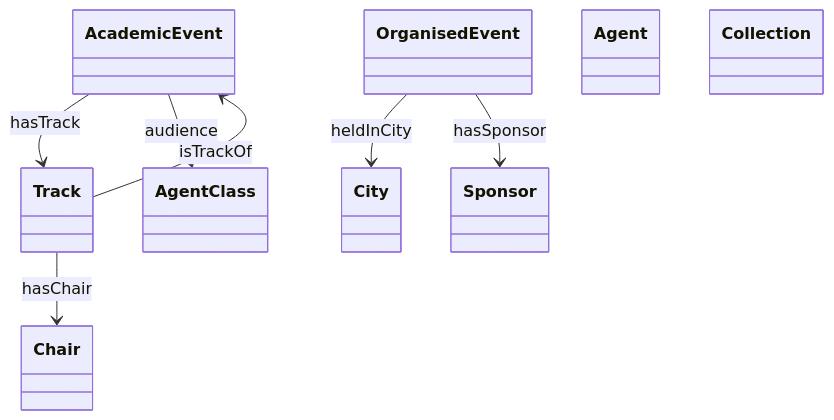
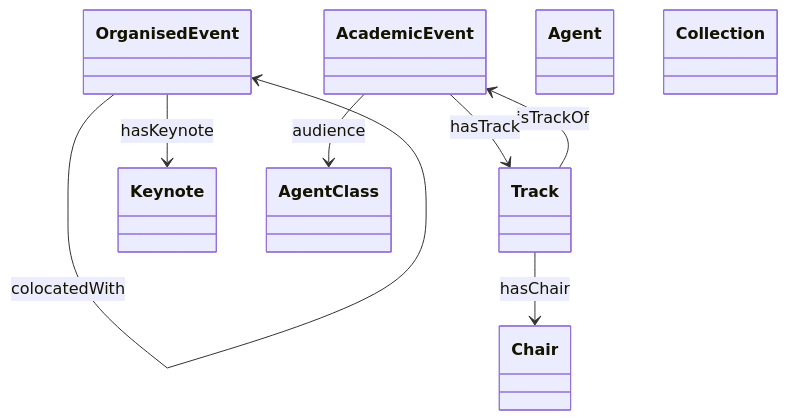
Before and after one commit to oeg-upm/Devos: the diagram in output/ieswc_freq/SEO.owl-freq-5-10.md, drawn with Mermaid. The commit also changed 206 other files, not shown here.

````diff
--- a/output/ieswc_freq/SEO.owl-freq-5-10.md
+++ b/output/ieswc_freq/SEO.owl-freq-5-10.md
@@ -1,39 +1,39 @@
 ```mermaid
 	classDiagram
 
     
     class OrganisedEvent {
     
     }
 
     class AcademicEvent {
     
     }
 
     class Agent {
     
     }
 
     class Collection {
     
     }
 
     class Track {
     
     }
 
 
 
+Track  --> AcademicEvent   :isTrackOf  
+
+OrganisedEvent  --> OrganisedEvent   :colocatedWith  
+
 AcademicEvent  --> Track   :hasTrack  
 
-OrganisedEvent  --> City   :heldInCity  
-
-OrganisedEvent  --> Sponsor   :hasSponsor  
+OrganisedEvent  --> Keynote   :hasKeynote  
 
 AcademicEvent  --> AgentClass   :audience  
 
 Track  --> Chair   :hasChair  
 
-Track  --> AcademicEvent   :isTrackOf  
-
 ```
````
